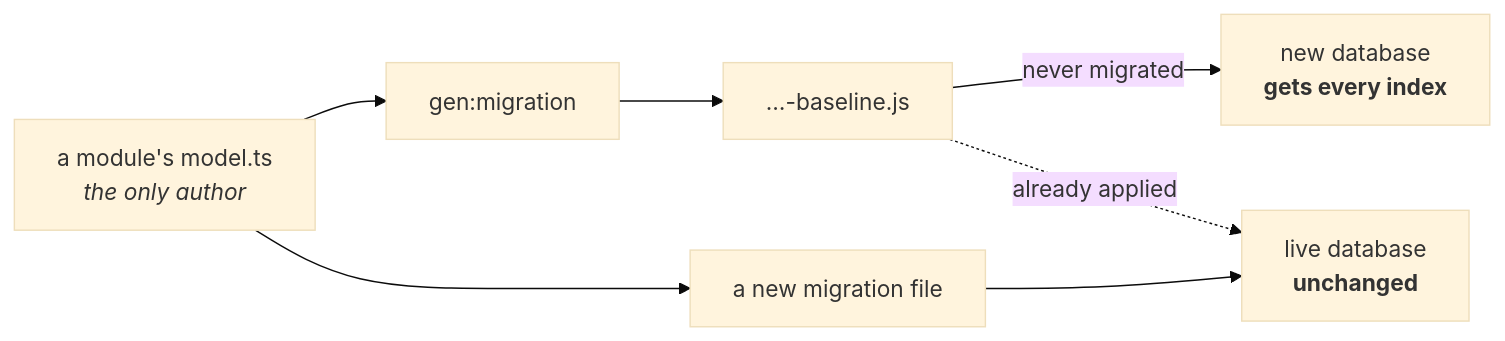
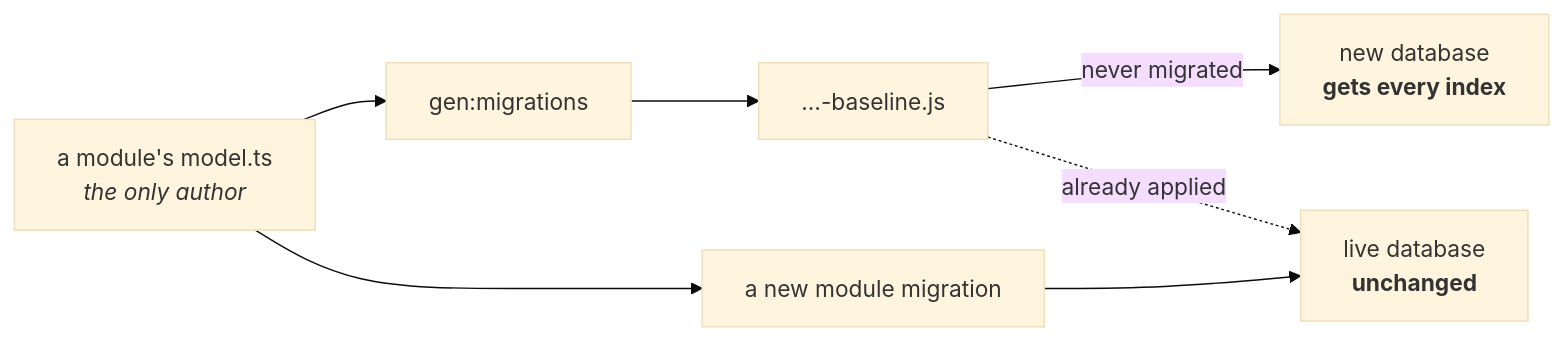
One commit to Guebbit/boilerplate-node-backend changed the second of 2 diagrams in docs/reference/data.md. Above: the diagram before and after it, drawn with Mermaid (base theme). The commit also changed other lines of this file and 15 other files, not shown here.

````diff
--- a/docs/reference/data.md
+++ b/docs/reference/data.md
@@ -46,9 +57,9 @@
 ```mermaid
 flowchart LR
-    Schema["a module's model.ts<br/><i>the only author</i>"] --> Gen["gen:migration"]
+    Schema["a module's model.ts<br/><i>the only author</i>"] --> Gen["gen:migrations"]
     Gen --> Baseline["…-baseline.js"]
     Baseline -->|"never migrated"| Fresh["new database<br/><b>gets every index</b>"]
     Baseline -.->|"already applied"| Live["live database<br/><b>unchanged</b>"]
-    Schema --> Extra["a new migration file"]
+    Schema --> Extra["a new module migration"]
     Extra --> Live
 ```
````
